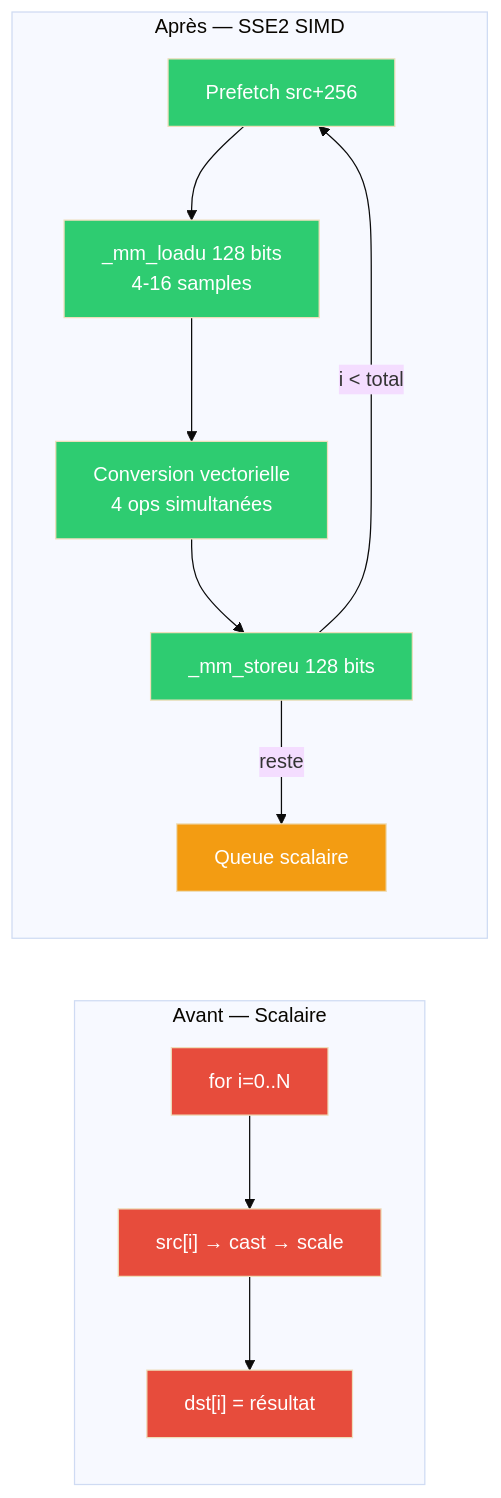
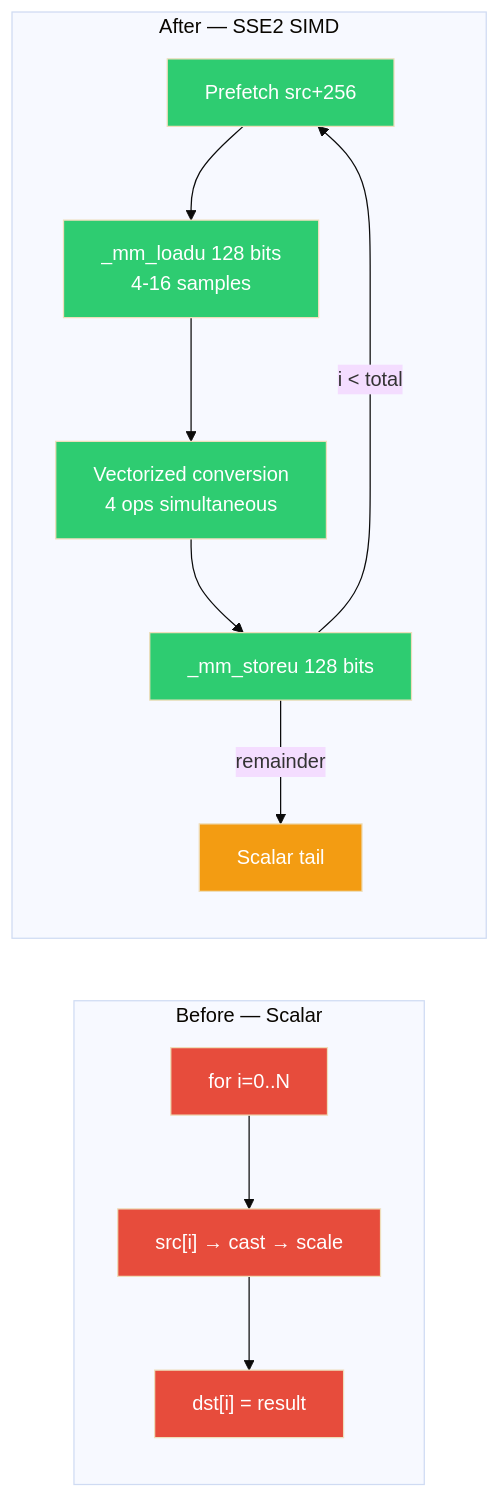
One commit to f4tnk/SoapySDR changed the second of 6 diagrams in OPTIMIZATIONS-F4TNK.md. Above: the diagram before and after it, drawn with Mermaid (base theme). The commit also changed other lines of this file, not shown here.

````diff
--- a/OPTIMIZATIONS-F4TNK.md
+++ b/OPTIMIZATIONS-F4TNK.md
@@ -67,29 +67,29 @@
 ```mermaid
 graph LR
-    subgraph "Avant — Scalaire"
+    subgraph "Before — Scalar"
         S1["for i=0..N"]
         S2["src[i] → cast → scale"]
-        S3["dst[i] = résultat"]
+        S3["dst[i] = result"]
         S1 --> S2 --> S3
     end
 
-    subgraph "Après — SSE2 SIMD"
+    subgraph "After — SSE2 SIMD"
         V1["Prefetch src+256"]
         V2["_mm_loadu 128 bits<br/>4-16 samples"]
-        V3["Conversion vectorielle<br/>4 ops simultanées"]
+        V3["Vectorized conversion<br/>4 ops simultaneous"]
         V4["_mm_storeu 128 bits"]
-        V5["Queue scalaire"]
+        V5["Scalar tail"]
         V1 --> V2 --> V3 --> V4
         V4 -->|"i < total"| V1
-        V4 -->|"reste"| V5
+        V4 -->|"remainder"| V5
     end
 
     style S1 fill:#e74c3c,color:#fff
     style S2 fill:#e74c3c,color:#fff
     style S3 fill:#e74c3c,color:#fff
     style V1 fill:#2ecc71,color:#fff
     style V2 fill:#2ecc71,color:#fff
     style V3 fill:#2ecc71,color:#fff
     style V4 fill:#2ecc71,color:#fff
     style V5 fill:#f39c12,color:#fff
 ```
````
